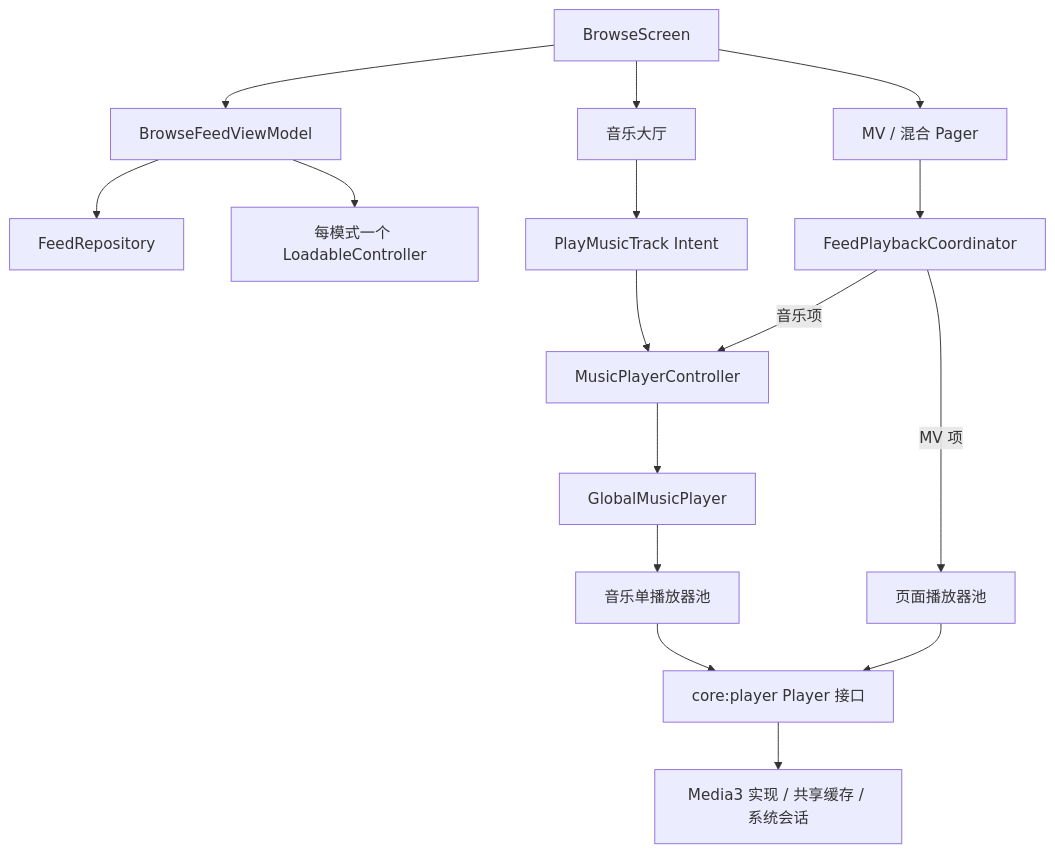
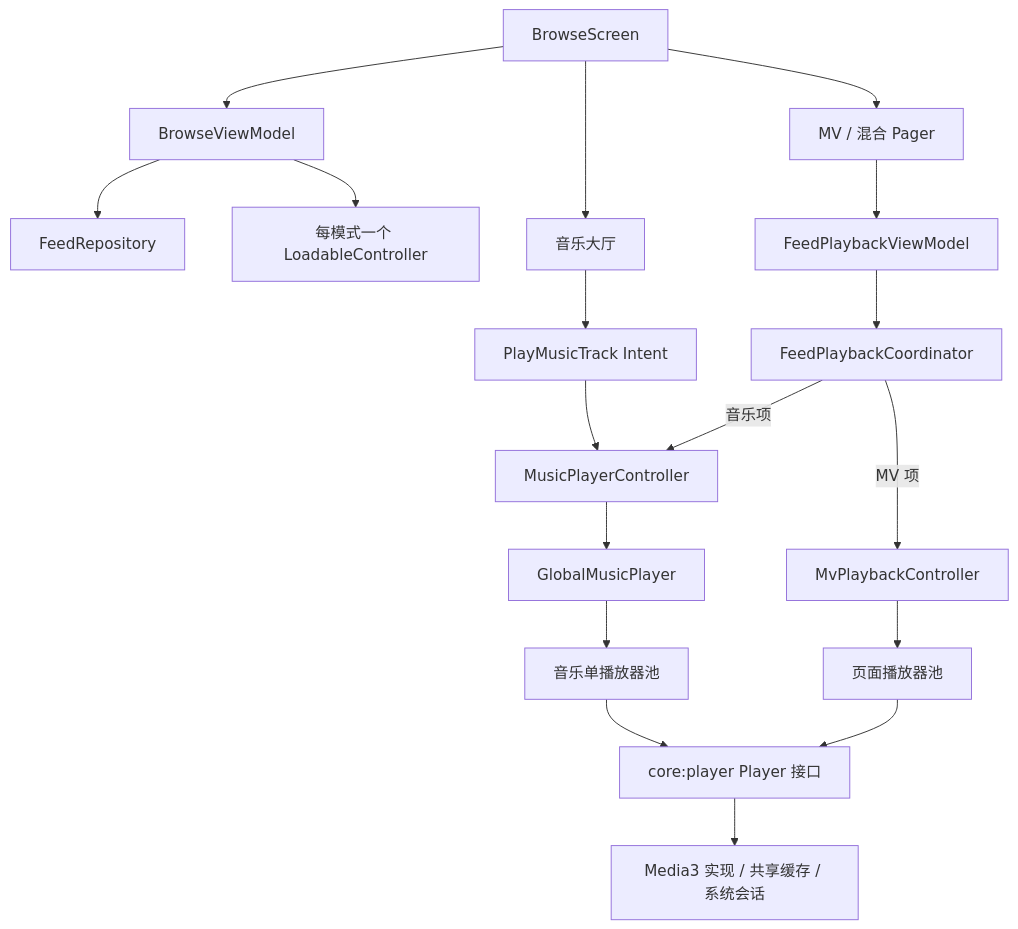
The diagram in feature/browse/README.md (530l/ComposeScaffold), drawn with Mermaid before and after one commit. The commit also changed other lines of this file and 77 other files, not shown here.

First line of the commit message:
refactor: browse 按 tab 分包并拆分 ViewModel 金字塔，交互改为真实数据驱动

````diff
--- a/feature/browse/README.md
+++ b/feature/browse/README.md
@@ -9,18 +9,20 @@
 ```mermaid
 flowchart TD
-    Screen[BrowseScreen] --> List[BrowseFeedViewModel]
+    Screen[BrowseScreen] --> List[BrowseViewModel]
     List --> Repo[FeedRepository]
     List --> Paging[每模式一个 LoadableController]
     Screen --> Hall[音乐大厅]
     Screen --> Pager[MV / 混合 Pager]
     Hall --> Intent[PlayMusicTrack Intent]
     Intent --> Controller[MusicPlayerController]
-    Pager --> Session[FeedPlaybackCoordinator]
+    Pager --> Playback[FeedPlaybackViewModel]
+    Playback --> Session[FeedPlaybackCoordinator]
     Session -->|音乐项| Controller
     Controller --> Music[GlobalMusicPlayer]
-    Session -->|MV 项| Pool[页面播放器池]
+    Session -->|MV 项| Mv[MvPlaybackController]
+    Mv --> Pool[页面播放器池]
     Music --> MusicPool[音乐单播放器池]
     Pool --> Core[core:player Player 接口]
     MusicPool --> Core
     Core --> Exo[Media3 实现 / 共享缓存 / 系统会话]
 ```
````
